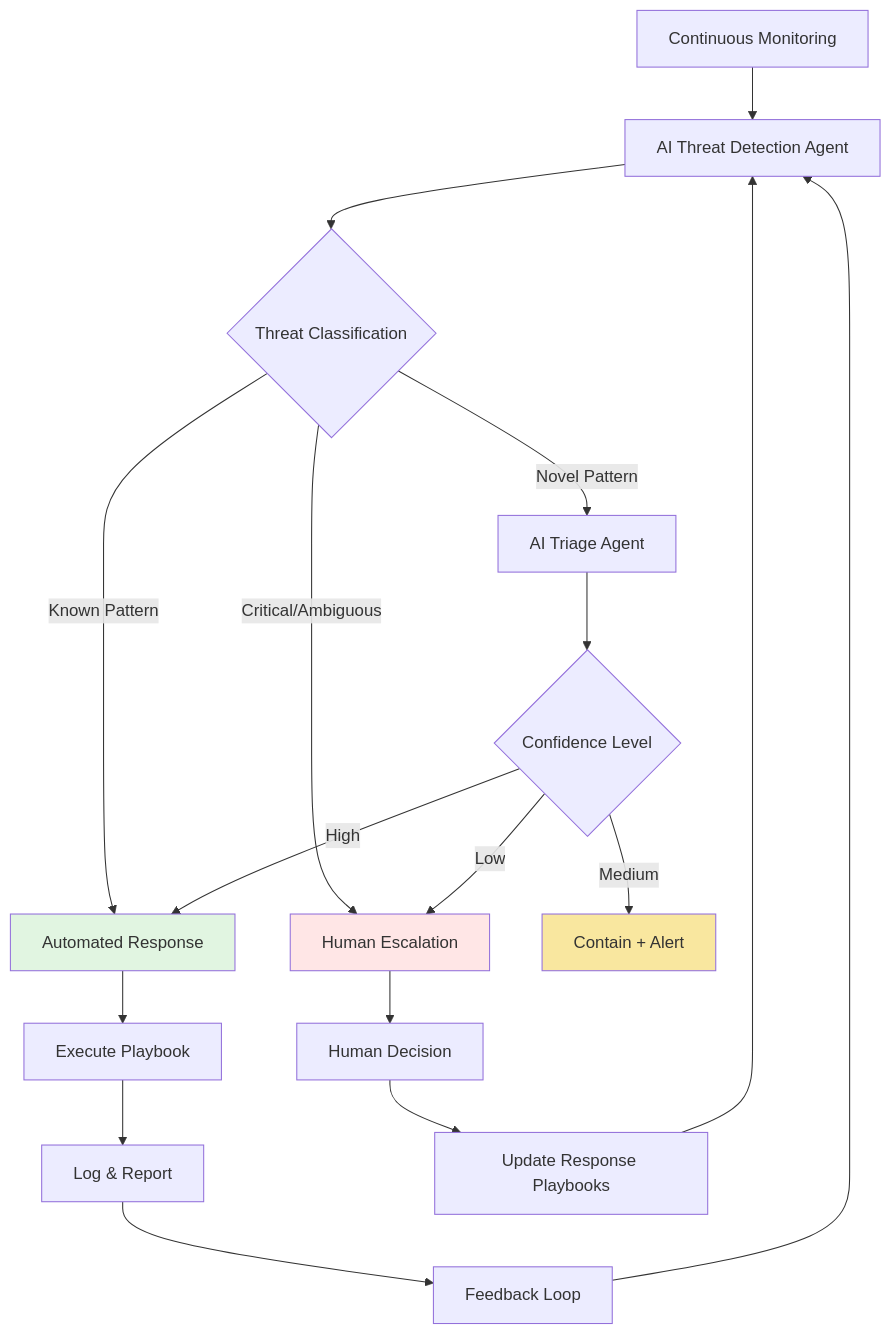
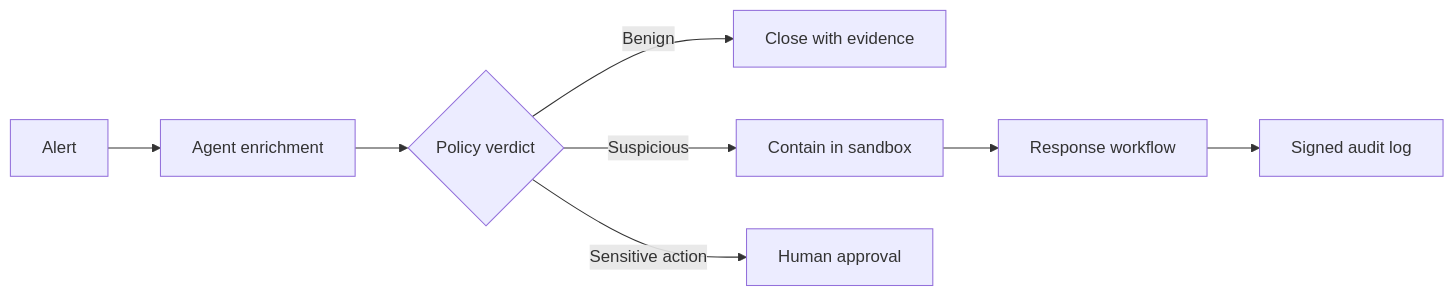
The second of 2 diagrams in experiments/README.md (PaulDuvall/ai-development-patterns), drawn with Mermaid before and after one commit. The commit also changed other lines of this file and 140 other files, not shown here.

````diff
--- a/experiments/README.md
+++ b/experiments/README.md
@@ -1794,27 +443,10 @@
 ```mermaid
-graph TD
-    A[Continuous Monitoring] --> B[AI Threat Detection Agent]
-    B --> C{Threat Classification}
-    C -->|Known Pattern| D[Automated Response]
-    C -->|Novel Pattern| E[AI Triage Agent]
-    C -->|Critical/Ambiguous| F[Human Escalation]
-
-    D --> G[Execute Playbook]
-    G --> H[Log & Report]
-
-    E --> I{Confidence Level}
-    I -->|High| D
-    I -->|Medium| J[Contain + Alert]
-    I -->|Low| F
-
-    F --> K[Human Decision]
-    K --> L[Update Response Playbooks]
-    L --> B
-
-    H --> M[Feedback Loop]
-    M --> B
-
-    style D fill:#e1f5e1
-    style F fill:#ffe6e6
-    style J fill:#f9e79f
+graph LR
+    A[Alert] --> E[Agent enrichment]
+    E --> V{Policy verdict}
+    V -->|Benign| C[Close with evidence]
+    V -->|Suspicious| Q[Contain in sandbox]
+    V -->|Sensitive action| H[Human approval]
+    Q --> R[Response workflow]
+    R --> L[Signed audit log]
 ```
````
